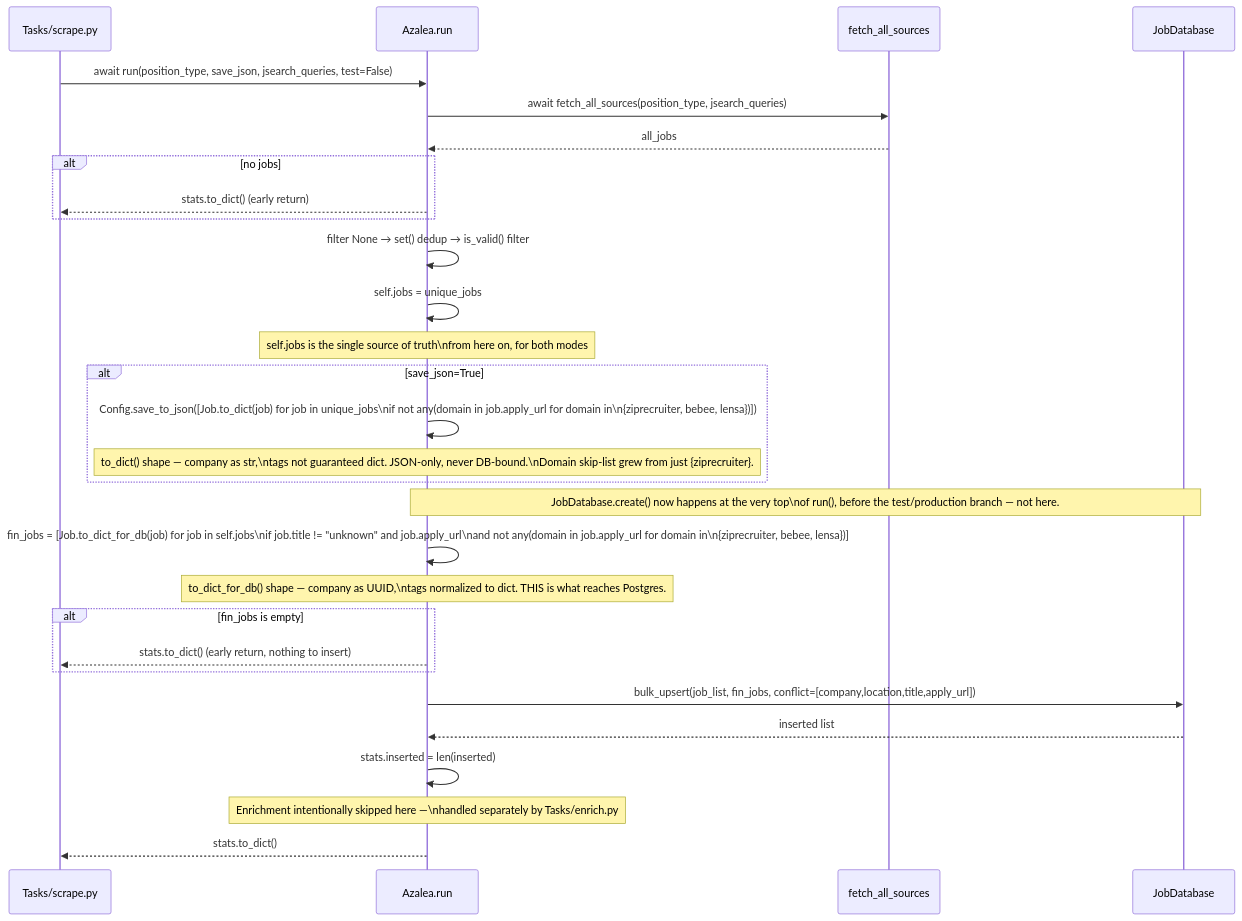
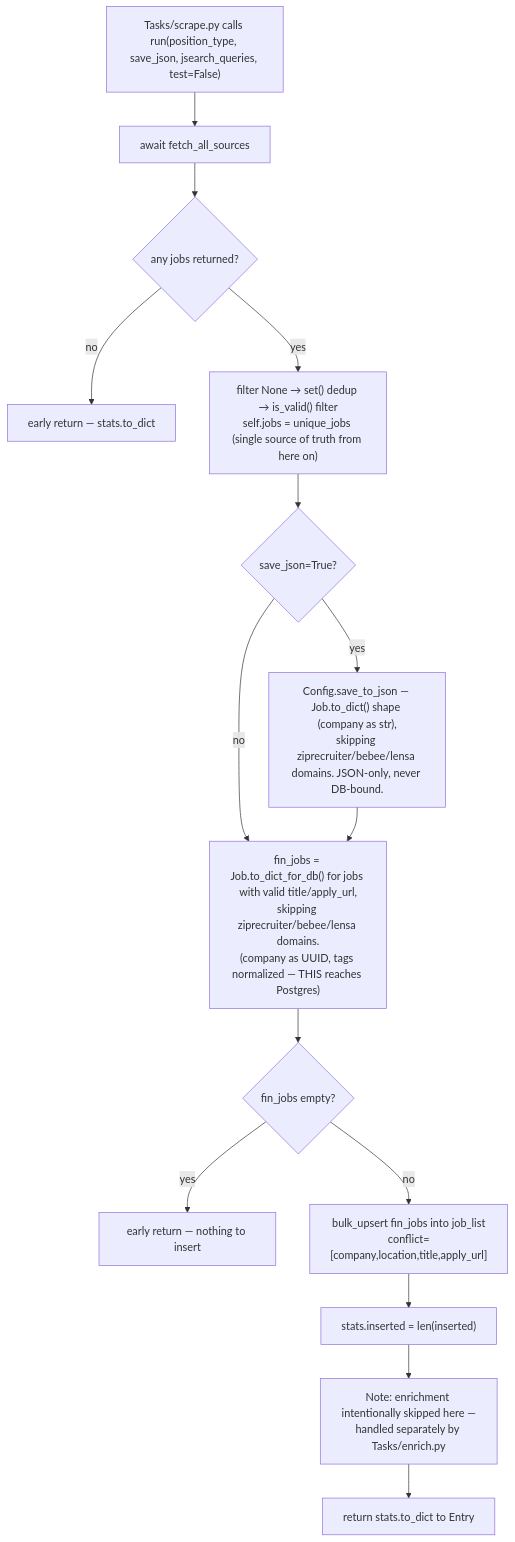
One commit to AustinDwomoh/libra changed the fourth of 5 diagrams in docs/diagrams/azalea_seq.md. Above: the diagram before and after it, drawn with Mermaid. The commit also changed other lines of this file and 17 other files, not shown here.

First line of the commit message:
Convert Mermaid sequences to flowcharts

````diff
--- a/docs/diagrams/azalea_seq.md
+++ b/docs/diagrams/azalea_seq.md
@@ -93,46 +47,20 @@
 ```mermaid
-%% sequenceDiagram — run() PRODUCTION mode (test=False): fetch → dedup → JSON → DB
-%% This is the actual, intended behavior of run() when called normally
-%% (e.g. from Tasks/scrape.py). Enrichment does NOT happen here by design —
-%% see Tasks/enrich.py / the separate GitHub Actions "enrich" job instead.
-sequenceDiagram
-    participant Entry as Tasks/scrape.py
-    participant Az as Azalea.run
-    participant FA as fetch_all_sources
-    participant DB as JobDatabase
-
-    Entry->>Az: await run(position_type, save_json, jsearch_queries, test=False)
-
-    Az->>FA: await fetch_all_sources(position_type, jsearch_queries)
-    FA-->>Az: all_jobs
-
-    alt no jobs
-        Az-->>Entry: stats.to_dict() (early return)
-    end
-
-    Az->>Az: filter None → set() dedup → is_valid() filter
-    Az->>Az: self.jobs = unique_jobs
-    Note over Az: self.jobs is the single source of truth\nfrom here on, for both modes
-
-    alt save_json=True
-        Az->>Az: Config.save_to_json([Job.to_dict(job) for job in unique_jobs\nif not any(domain in job.apply_url for domain in\n{ziprecruiter, bebee, lensa})])
-        Note over Az: to_dict() shape — company as str,\ntags not guaranteed dict. JSON-only, never DB-bound.\nDomain skip-list grew from just {ziprecruiter}.
-    end
-
-    Note over Az,DB: JobDatabase.create() now happens at the very top\nof run(), before the test/production branch — not here.
-    Az->>Az: fin_jobs = [Job.to_dict_for_db(job) for job in self.jobs\nif job.title != "unknown" and job.apply_url\nand not any(domain in job.apply_url for domain in\n{ziprecruiter, bebee, lensa})]
-    Note over Az: to_dict_for_db() shape — company as UUID,\ntags normalized to dict. THIS is what reaches Postgres.
-
-    alt fin_jobs is empty
-        Az-->>Entry: stats.to_dict() (early return, nothing to insert)
-    end
-
-    Az->>DB: bulk_upsert(job_list, fin_jobs, conflict=[company,location,title,apply_url])
-    DB-->>Az: inserted list
-    Az->>Az: stats.inserted = len(inserted)
-
-    Note over Az: Enrichment intentionally skipped here —\nhandled separately by Tasks/enrich.py
-
-    Az-->>Entry: stats.to_dict()
-
+%% flowchart — run() PRODUCTION mode (test=False): fetch → dedup → JSON → DB
+%% Enrichment does NOT happen here by design — see Tasks/enrich.py /
+%% the separate GitHub Actions "enrich" job instead.
+flowchart TD
+    A["Tasks/scrape.py calls run(position_type, save_json, jsearch_queries, test=False)"] --> B[await fetch_all_sources]
+    B --> C{any jobs returned?}
+    C -->|no| Z1[early return — stats.to_dict]
+    C -->|yes| D["filter None → set() dedup → is_valid() filter<br/>self.jobs = unique_jobs (single source of truth from here on)"]
+    D --> E{save_json=True?}
+    E -->|yes| F["Config.save_to_json — Job.to_dict() shape (company as str),<br/>skipping ziprecruiter/bebee/lensa domains. JSON-only, never DB-bound."]
+    E -->|no| G["fin_jobs = Job.to_dict_for_db() for jobs with valid title/apply_url,<br/>skipping ziprecruiter/bebee/lensa domains.<br/>(company as UUID, tags normalized — THIS reaches Postgres)"]
+    F --> G
+    G --> H{fin_jobs empty?}
+    H -->|yes| Z2[early return — nothing to insert]
+    H -->|no| I["bulk_upsert fin_jobs into job_list<br/>conflict=[company,location,title,apply_url]"]
+    I --> J["stats.inserted = len(inserted)"]
+    J --> K["Note: enrichment intentionally skipped here —<br/>handled separately by Tasks/enrich.py"]
+    K --> L[return stats.to_dict to Entry]
 ```
````
